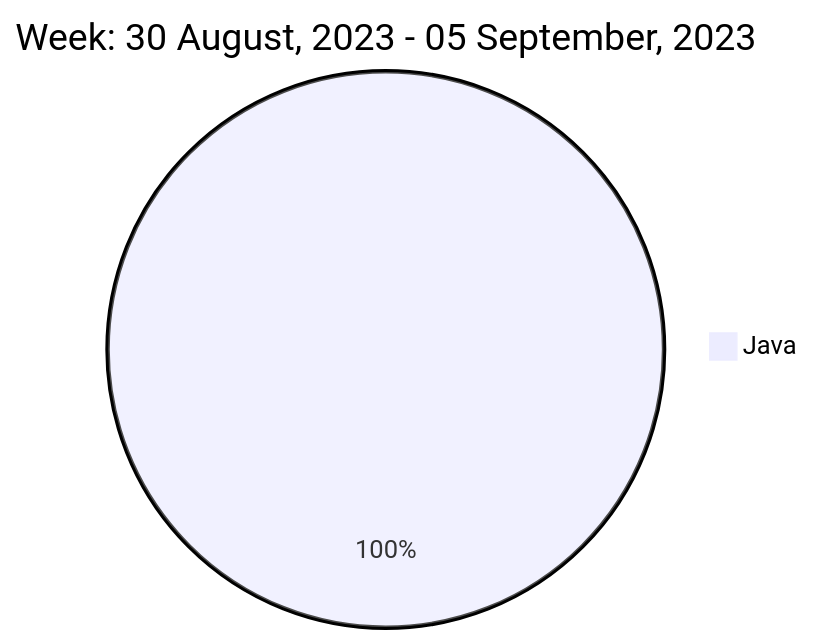
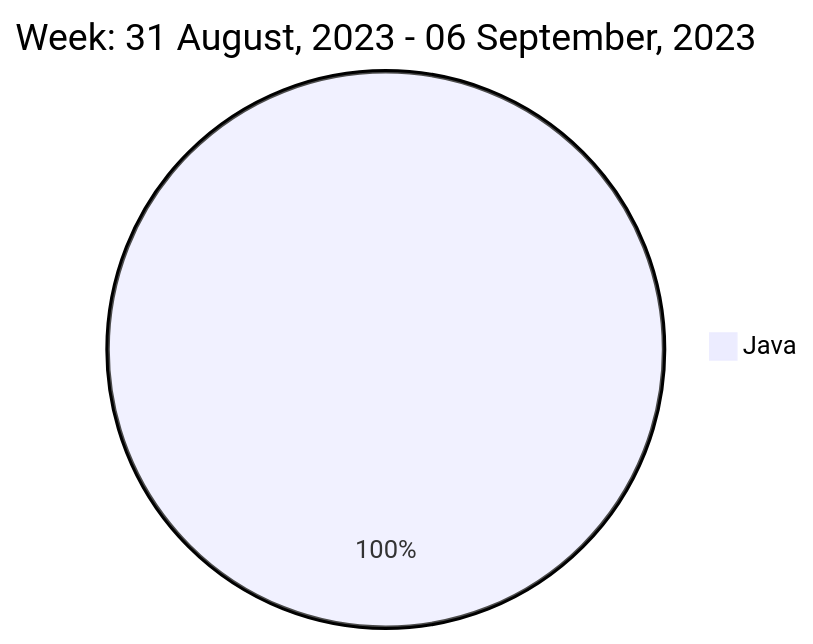
One commit to liubin95/liubin95 changed the diagram in README.md. Above: the diagram before and after it, drawn with Mermaid.

Commit message:
Updated the Graph with new Metrics

````diff
--- a/README.md
+++ b/README.md
@@ -40,5 +40,5 @@
 ```mermaid
  pie
-title Week: 30 August, 2023 - 05 September, 2023
- "Java" : 4.73
+title Week: 31 August, 2023 - 06 September, 2023
+ "Java" : 2.55
 ```
````
